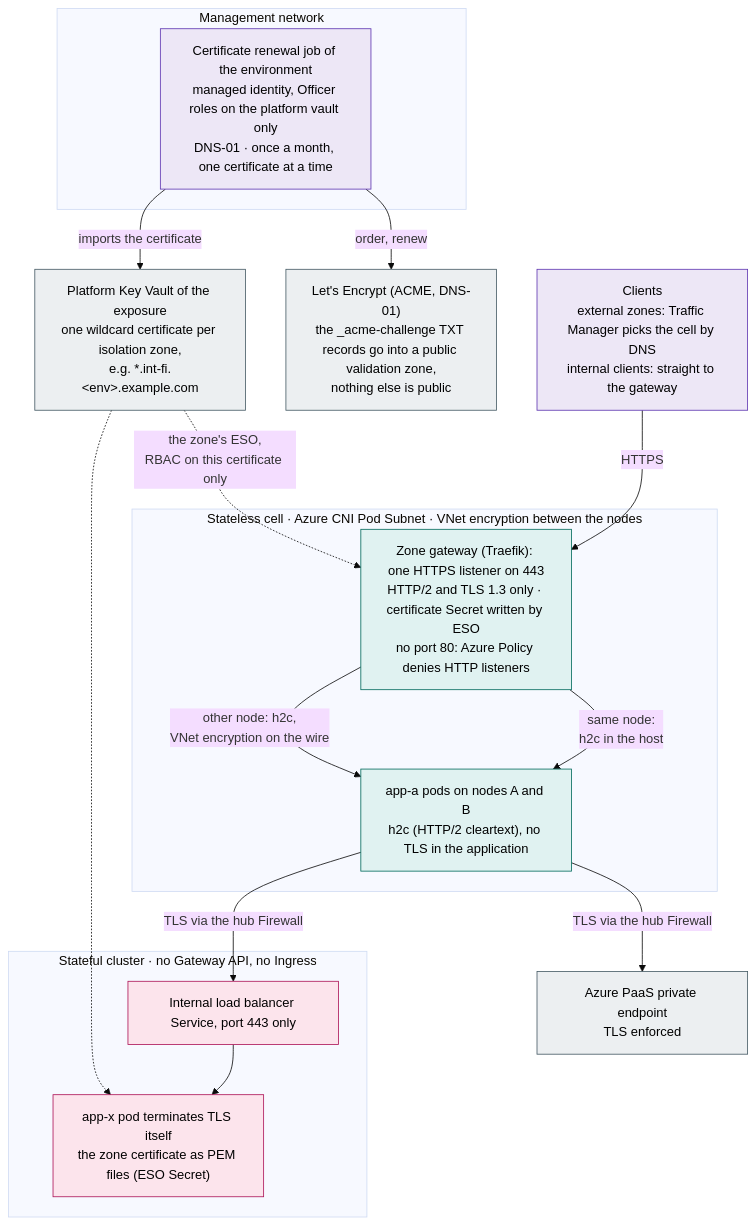
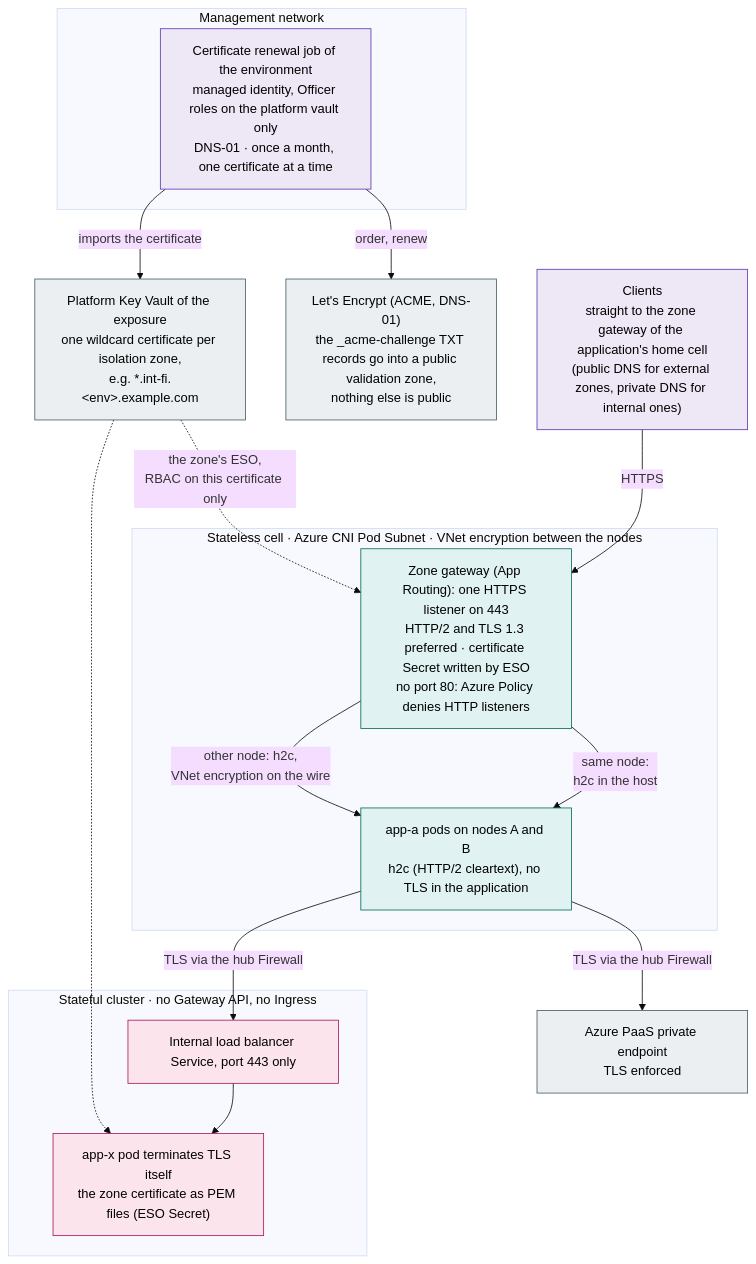
One commit to onek8s/onek8s.github.io changed the diagram in diagrams/4.1-tls-encryption.mmd. Above: the diagram before and after it, drawn with Mermaid (base theme). The commit also changed 54 other files, not shown here.

First line of the commit message:
v5.0: App Routing only, managed DNS, no Traffic Manager (requirements 0.3 adjusted) (#130)

```diff
--- a/diagrams/4.1-tls-encryption.mmd
+++ b/diagrams/4.1-tls-encryption.mmd
@@ -1,43 +1,43 @@
-%% Encryption in transit. Stateless: TLS ends at the zone's gateway (Traefik; HTTP/2 and TLS 1.3 only, a Let's Encrypt
+%% Encryption in transit. Stateless: TLS ends at the zone's gateway (App Routing's Istio, a Let's Encrypt
 %% certificate), the gateway speaks h2c to the pods and node-to-node traffic is protected by Azure VNet encryption, so the
 %% applications need no TLS, mTLS or service mesh. Stateful: no Gateway API and no Ingress, the application terminates TLS
 %% on its own internal load balancer. Certificates are issued once per environment and exposure by a renewal job into the
 %% platform Key Vault and shared by every cluster of that exposure.
 flowchart TB
-    client["Clients<br/>external zones: Traffic Manager picks the cell by DNS<br/>internal clients: straight to the gateway"]
+    client["Clients<br/>straight to the zone gateway of the application's home cell<br/>(public DNS for external zones, private DNS for internal ones)"]
 
     subgraph MGMT["Management network"]
         job["Certificate renewal job of the environment<br/>managed identity, Officer roles on the platform vault only<br/>DNS-01 · once a month, one certificate at a time"]
     end
     le["Let's Encrypt (ACME, DNS-01)<br/>the _acme-challenge TXT records go into a public validation zone,<br/>nothing else is public"]
     kv["Platform Key Vault of the exposure<br/>one wildcard certificate per isolation zone,<br/>e.g. *.int-fi.&lt;env&gt;.example.com"]
 
     subgraph SL["Stateless cell · Azure CNI Pod Subnet · VNet encryption between the nodes"]
-        tr["Zone gateway (Traefik): one HTTPS listener on 443<br/>HTTP/2 and TLS 1.3 only · certificate Secret written by ESO<br/>no port 80: Azure Policy denies HTTP listeners"]
+        tr["Zone gateway (App Routing): one HTTPS listener on 443<br/>HTTP/2 and TLS 1.3 preferred · certificate Secret written by ESO<br/>no port 80: Azure Policy denies HTTP listeners"]
         app["app-a pods on nodes A and B<br/>h2c (HTTP/2 cleartext), no TLS in the application"]
     end
 
     subgraph SF["Stateful cluster · no Gateway API, no Ingress"]
         ilb["Internal load balancer Service, port 443 only"]
         db["app-x pod terminates TLS itself<br/>the zone certificate as PEM files (ESO Secret)"]
     end
     paas["Azure PaaS private endpoint<br/>TLS enforced"]
 
     client -->|"HTTPS"| tr
     tr -->|"same node:<br/>h2c in the host"| app
     tr -->|"other node: h2c,<br/>VNet encryption on the wire"| app
     app -->|"TLS via the hub Firewall"| ilb --> db
     app -->|"TLS via the hub Firewall"| paas
     job -->|"order, renew"| le
     job -->|"imports the certificate"| kv
     kv -.->|"the zone's ESO,<br/>RBAC on this certificate only"| tr
     kv -.-> db
 
     classDef hub fill:#ede7f6,stroke:#5e35b1,color:#000
     classDef sl fill:#e0f2f1,stroke:#00695c,color:#000
     classDef sf fill:#fce4ec,stroke:#ad1457,color:#000
     classDef paas fill:#eceff1,stroke:#455a64,color:#000
     class client,job hub
     class tr,app sl
     class ilb,db sf
     class paas,le,kv paas
```
